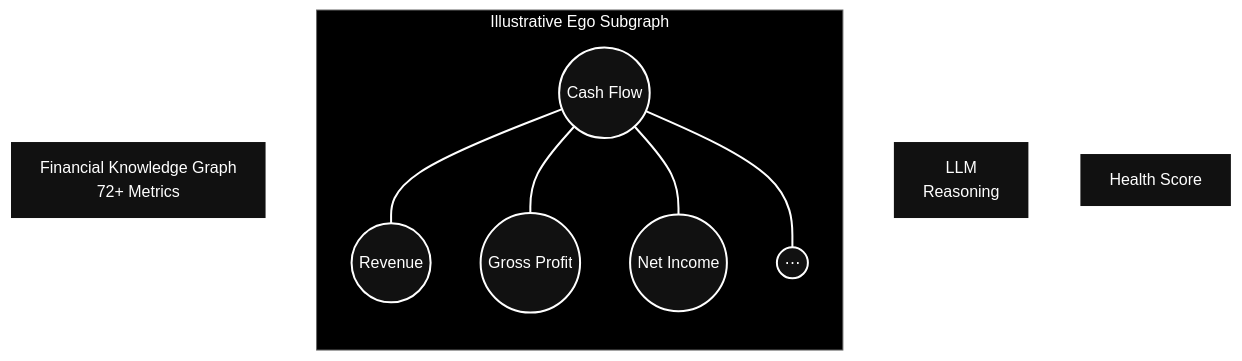
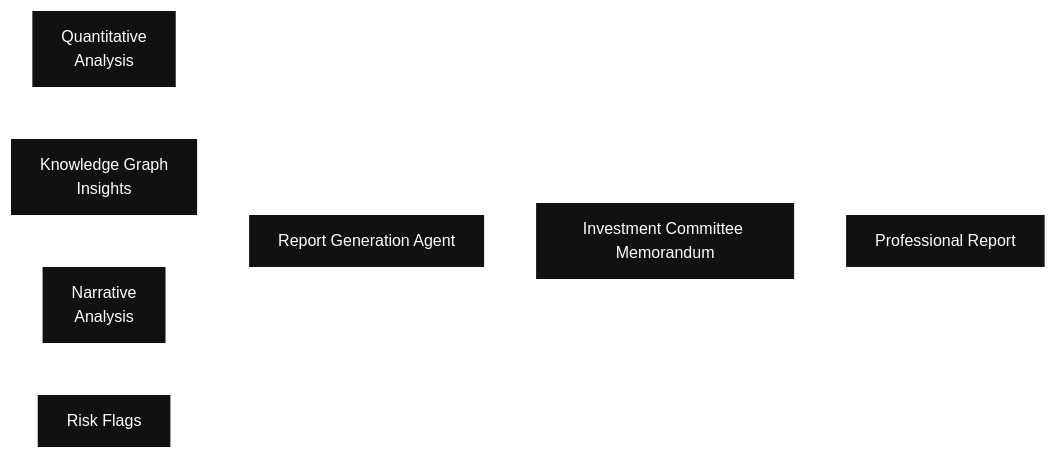
One commit to Shiva498689/GDG_PS changed the diagram in README.md. Above: the diagram before and after it, drawn with Mermaid.

Commit message:
fxrfhjnk

````diff
--- a/README.md
+++ b/README.md
@@ -1,36 +1,31 @@
 ```mermaid
 flowchart LR
 
-    KG["Financial Knowledge Graph<br/>72+ Metrics"]
+    Q["Quantitative<br/>Analysis"]
 
-    subgraph SG["Illustrative Ego Subgraph"]
+    KG["Knowledge Graph<br/>Insights"]
 
-        REV((Revenue))
-        GP((Gross Profit))
-        CFO((Cash Flow))
-        NI((Net Income))
-        MORE((⋯))
+    N["Narrative<br/>Analysis"]
 
-        CFO --- REV
-        CFO --- GP
-        CFO --- NI
-        CFO --- MORE
+    RF["Risk Flags"]
 
-    end
+    AGENT["Report Generation Agent"]
 
-    AI["LLM<br/>Reasoning"]
+    REPORT["Investment Committee Memorandum"]
 
-    SCORE["Health Score"]
+    PDF["Professional Report"]
 
-    KG --> SG
-    SG --> AI
-    AI --> SCORE
+    Q --> AGENT
+    KG --> AGENT
+    N --> AGENT
+    RF --> AGENT
+
+    AGENT --> REPORT
+    REPORT --> PDF
 
     classDef dark fill:#111111,stroke:#FFFFFF,color:#FFFFFF,stroke-width:2px;
 
-    class KG,AI,SCORE,REV,GP,CFO,NI,MORE dark;
-
-    style SG fill:#000000,stroke:#666666,color:#FFFFFF
+    class Q,KG,N,RF,AGENT,REPORT,PDF dark;
 
     linkStyle default stroke:#FFFFFF,stroke-width:2px
 ```
````
